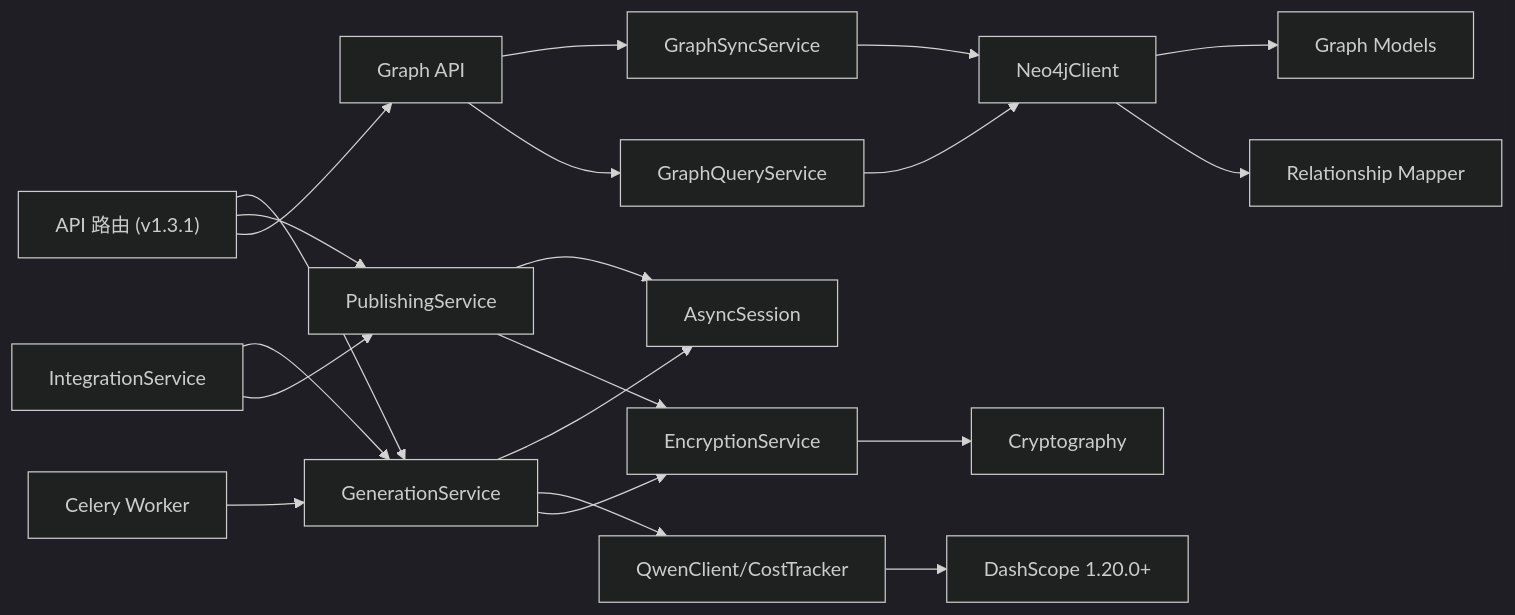
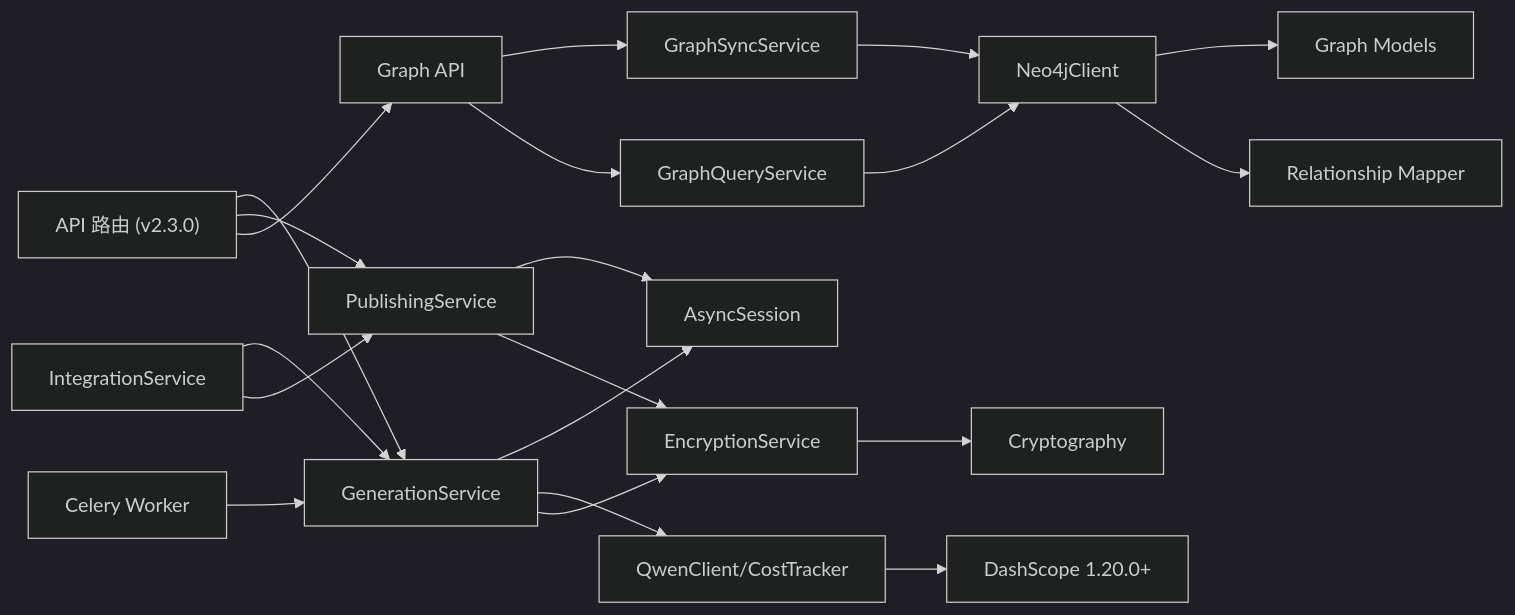
Diagram 13 of 13 in .qoder/repowiki/zh/content/后端架构/后端架构.md (xfbyxq/ai-novel-system), drawn with Mermaid (dark theme) before and after one commit. The commit also changed other lines of this file and 11 other files, not shown here.

````diff
--- a/.qoder/repowiki/zh/content/后端架构/后端架构.md
+++ b/.qoder/repowiki/zh/content/后端架构/后端架构.md
@@ -756,22 +761,22 @@
 ```mermaid
 graph LR
-API["API 路由 (v1.3.1)"] --> SGen["GenerationService"]
+API["API 路由 (v2.3.0)"] --> SGen["GenerationService"]
 API --> SPub["PublishingService"]
 API --> SGraph["Graph API"]
 SInt["IntegrationService"] --> SGen
 SInt --> SPub
 SGen --> DB["AsyncSession"]
 SPub --> DB
 SGraph --> GSync["GraphSyncService"]
 SGraph --> GQuery["GraphQueryService"]
 SGen --> LLM["QwenClient/CostTracker"]
 SGen --> Enc["EncryptionService"]
 SPub --> Enc
 GSync --> Neo4j["Neo4jClient"]
 GQuery --> Neo4j
 Neo4j --> GraphModels["Graph Models"]
 Neo4j --> RelMapper["Relationship Mapper"]
 Celery["Celery Worker"] --> SGen
 Enc --> Crypto["Cryptography"]
 LLM --> DashScope["DashScope 1.20.0+"]
 ```
````
